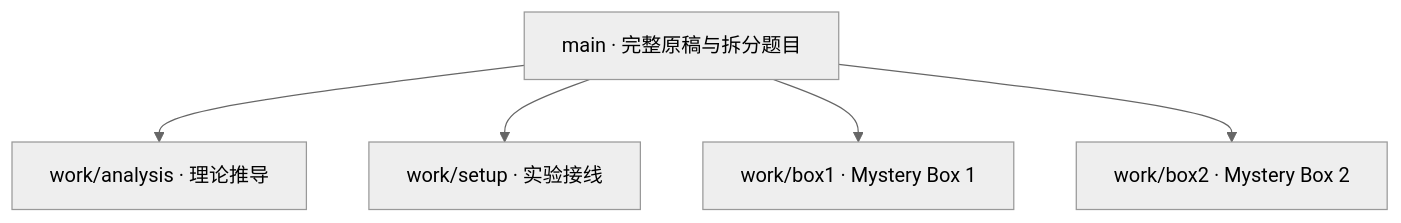
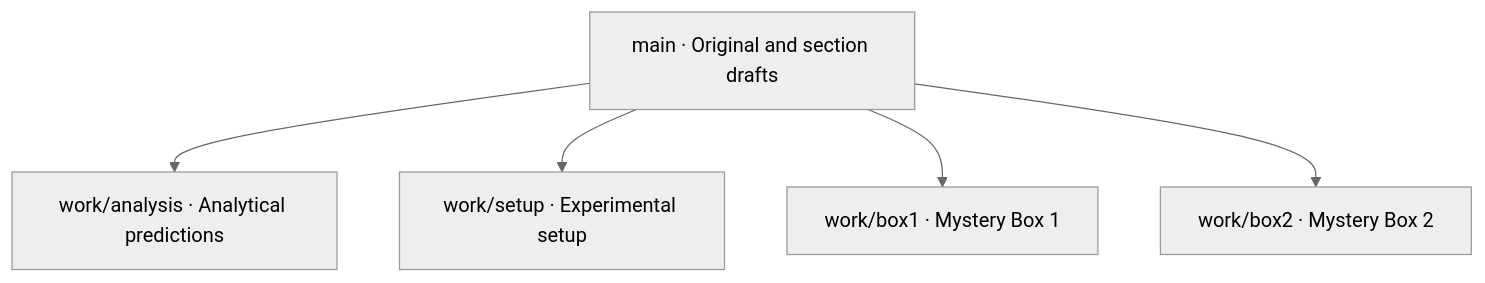
The diagram in README.md (TONGSUOregonState/Lab5), drawn with Mermaid (neutral theme) before and after one commit. The commit also changed other lines of this file, not shown here.

Commit message:
Translate README and branch diagram into English

````diff
--- a/README.md
+++ b/README.md
@@ -13,7 +13,7 @@
 ```mermaid
 flowchart TD
-    A["main · 完整原稿与拆分题目"] --> B["work/analysis · 理论推导"]
-    A --> C["work/setup · 实验接线"]
+    A["main · Original and section drafts"] --> B["work/analysis · Analytical predictions"]
+    A --> C["work/setup · Experimental setup"]
     A --> D["work/box1 · Mystery Box 1"]
     A --> E["work/box2 · Mystery Box 2"]
 ```
````
